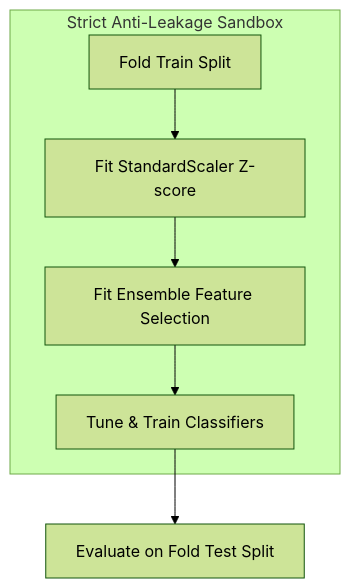
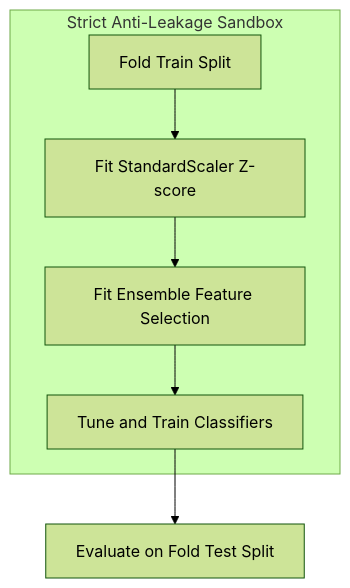
The diagram in README.md (shubhamkjha369/OncoResolve-Breast-Cancer-Transcriptomics), drawn with Mermaid (forest theme) before and after one commit. The commit also changed other lines of this file and 83 other files, not shown here.

````diff
--- a/README.md
+++ b/README.md
@@ -320,9 +325,9 @@
 ```mermaid
 graph TD
-    subgraph Sandbox [Strict Anti-Leakage Sandbox]
-        A[Fold Train Split] --> B[Fit StandardScaler Z-score]
-        B --> C[Fit Ensemble Feature Selection]
-        C --> D[Tune & Train Classifiers]
+    subgraph Sandbox["Strict Anti-Leakage Sandbox"]
+        A["Fold Train Split"] --> B["Fit StandardScaler Z-score"]
+        B --> C["Fit Ensemble Feature Selection"]
+        C --> D["Tune and Train Classifiers"]
     end
-    D --> E[Evaluate on Fold Test Split]
+    D --> E["Evaluate on Fold Test Split"]
 ```
````
